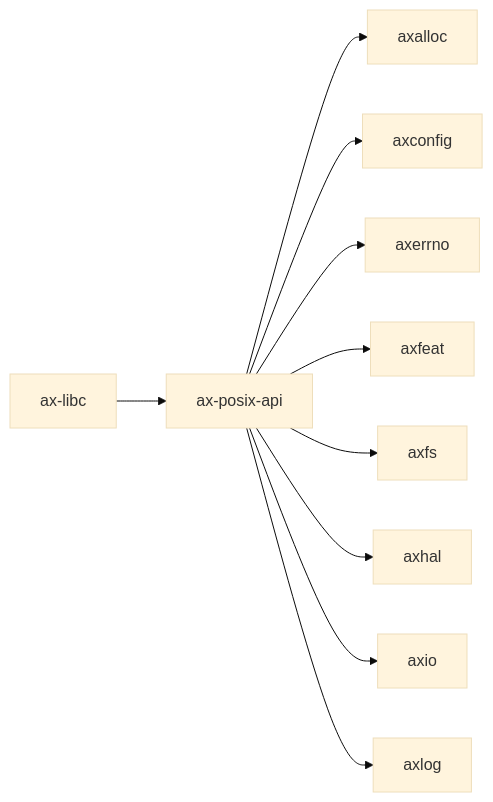
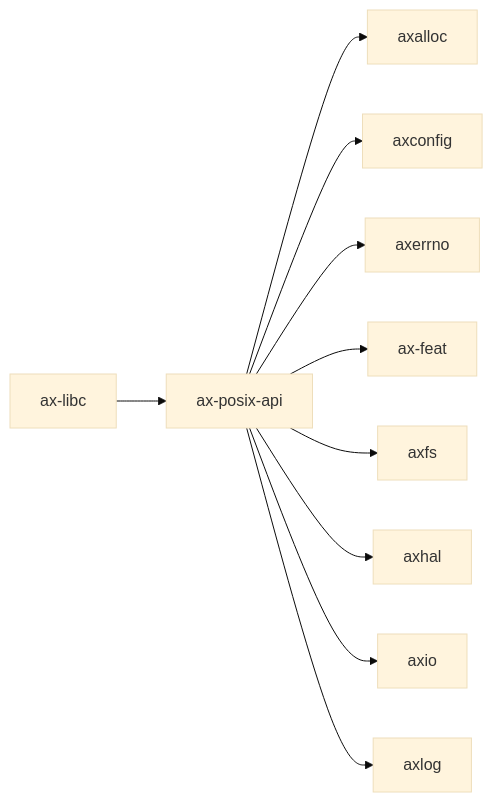
Before and after one commit to zKurisu/tgoskits: the diagram in docs/crates/ax-posix-api.md, drawn with Mermaid (base theme). The commit also changed other lines of this file and 51 other files, not shown here.

````diff
--- a/docs/crates/ax-posix-api.md
+++ b/docs/crates/ax-posix-api.md
@@ -33,13 +33,13 @@
 ```mermaid
 graph LR
     current["ax-posix-api"]
     current --> axalloc["axalloc"]
     current --> axconfig["axconfig"]
     current --> axerrno["axerrno"]
-    current --> axfeat["axfeat"]
+    current --> ax-feat["ax-feat"]
     current --> axfs["axfs"]
     current --> axhal["axhal"]
     current --> axio["axio"]
     current --> axlog["axlog"]
     ax_libc["ax-libc"] --> current
 ```
````
